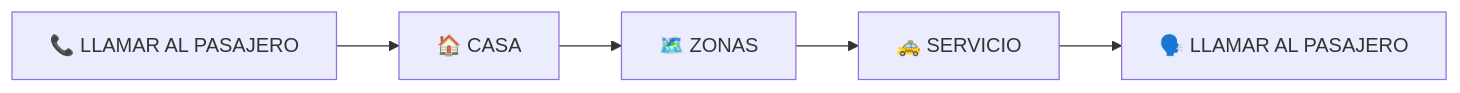
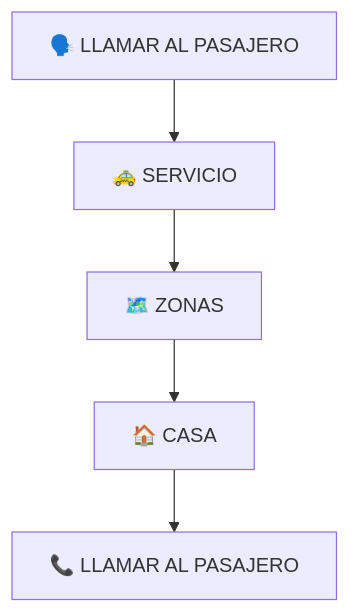
Before and after one commit to dwn10/C_Gacela: the first of 2 diagrams in README.md, drawn with Mermaid.

````diff
--- a/README.md
+++ b/README.md
@@ -33,7 +33,7 @@
 ```mermaid
-graph LR
-    A[📞 LLAMAR AL PASAJERO] --> B[🏠 CASA]
-    B --> C[🗺️ ZONAS]
-    C --> D[🚕 SERVICIO]
-    D --> E[🗣️ LLAMAR AL PASAJERO]
+graph TD
+    E[🗣️ LLAMAR AL PASAJERO] --> D[🚕 SERVICIO]
+    D --> C[🗺️ ZONAS]
+    C --> B[🏠 CASA]
+    B --> A[📞 LLAMAR AL PASAJERO]
 ```
````
